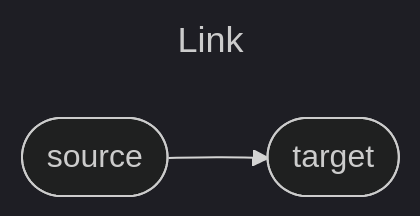
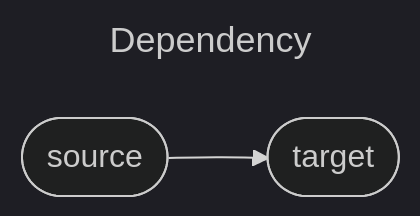
One commit to stepchowfun/proofs changed the second of 13 diagrams in proofs/AdmissibilityGraph/README.md. Above: the diagram before and after it, drawn with Mermaid (dark theme). The commit also changed other lines of this file and 3 other files, not shown here.

Commit message:
Wordsmith the admissibility graph README

````diff
--- a/proofs/AdmissibilityGraph/README.md
+++ b/proofs/AdmissibilityGraph/README.md
@@ -42,10 +42,10 @@
   ```mermaid
   ---
-  title: Link
+  title: Dependency
   ---
   flowchart LR
     source([source])
     target([target])
 
     source --> target
   ```
````
